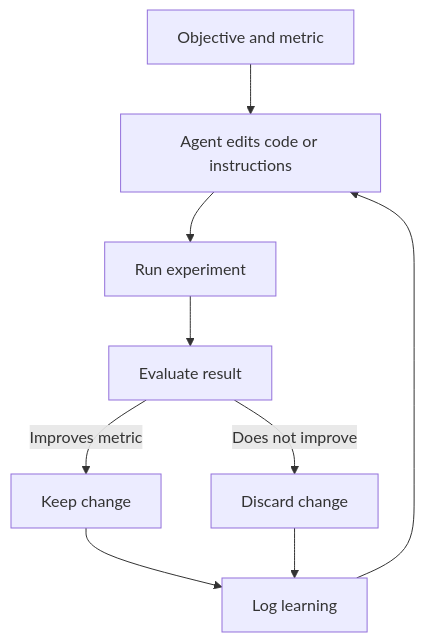
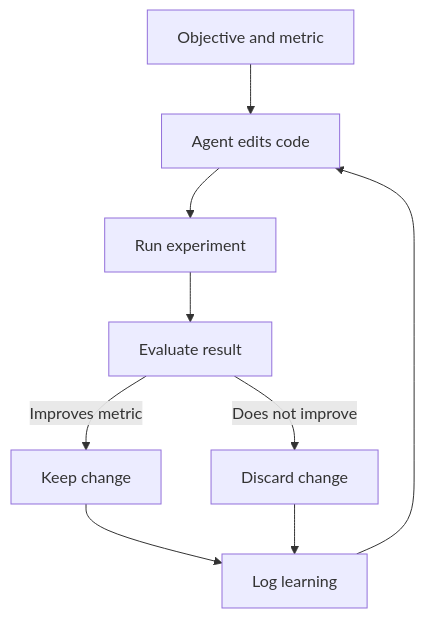
One commit to johnnyhuy/website changed the second of 2 diagrams in data/blog/the-loopy-era-of-ai.mdx. Above: the diagram before and after it, drawn with Mermaid. The commit also changed other lines of this file and 9 other files, not shown here.

````diff
--- a/data/blog/the-loopy-era-of-ai.mdx
+++ b/data/blog/the-loopy-era-of-ai.mdx
@@ -44,11 +44,11 @@
 ```mermaid
 flowchart TD
-    A[Objective and metric] --> B[Agent edits code or instructions]
+    A[Objective and metric] --> B[Agent edits code]
     B --> C[Run experiment]
     C --> D[Evaluate result]
     D -->|Improves metric| E[Keep change]
     D -->|Does not improve| F[Discard change]
     E --> G[Log learning]
     F --> G
     G --> B
 ```
````
